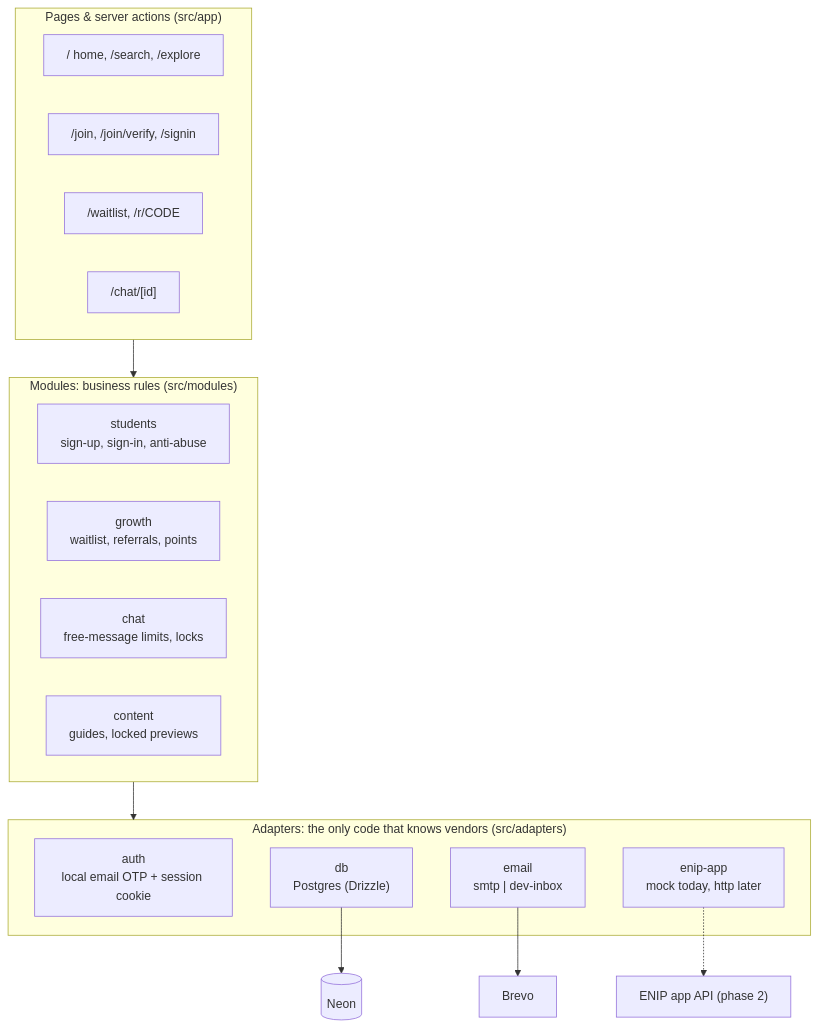
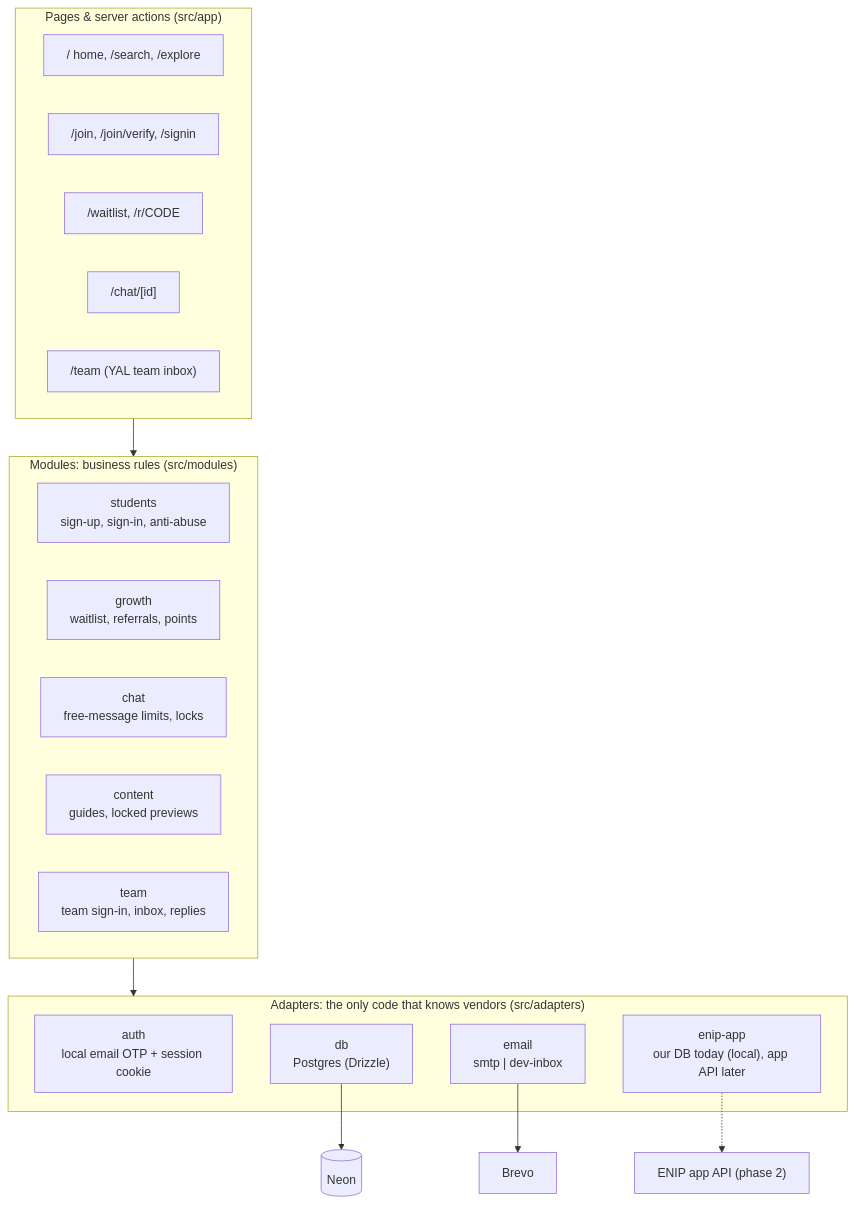
The second of 6 diagrams in docs/ARCHITECTURE.md (YourKudo/ENIP), drawn with Mermaid before and after one commit. The commit also changed other lines of this file and 30 other files, not shown here.

First line of the commit message:
Team inbox: seniors and chats in Postgres, YAL team replies at /team

````diff
--- a/docs/ARCHITECTURE.md
+++ b/docs/ARCHITECTURE.md
@@ -57,28 +60,30 @@
 ```mermaid
 flowchart TB
   subgraph pages["Pages & server actions (src/app)"]
     home["/ home, /search, /explore"]
     join["/join, /join/verify, /signin"]
     wait["/waitlist, /r/CODE"]
     chat["/chat/[id]"]
+    teamp["/team (YAL team inbox)"]
   end
 
   subgraph modules["Modules: business rules (src/modules)"]
     students["students<br/>sign-up, sign-in, anti-abuse"]
     growth["growth<br/>waitlist, referrals, points"]
     chatm["chat<br/>free-message limits, locks"]
     content["content<br/>guides, locked previews"]
+    teamm["team<br/>team sign-in, inbox, replies"]
   end
 
   subgraph adapters["Adapters: the only code that knows vendors (src/adapters)"]
     auth["auth<br/>local email OTP + session cookie"]
     db["db<br/>Postgres (Drizzle)"]
     email["email<br/>smtp | dev-inbox"]
-    enip["enip-app<br/>mock today, http later"]
+    enip["enip-app<br/>our DB today (local), app API later"]
   end
 
   pages --> modules --> adapters
   db --> neon[("Neon")]
   email --> brevo["Brevo"]
   enip -.-> appApi["ENIP app API (phase 2)"]
 ```
````
